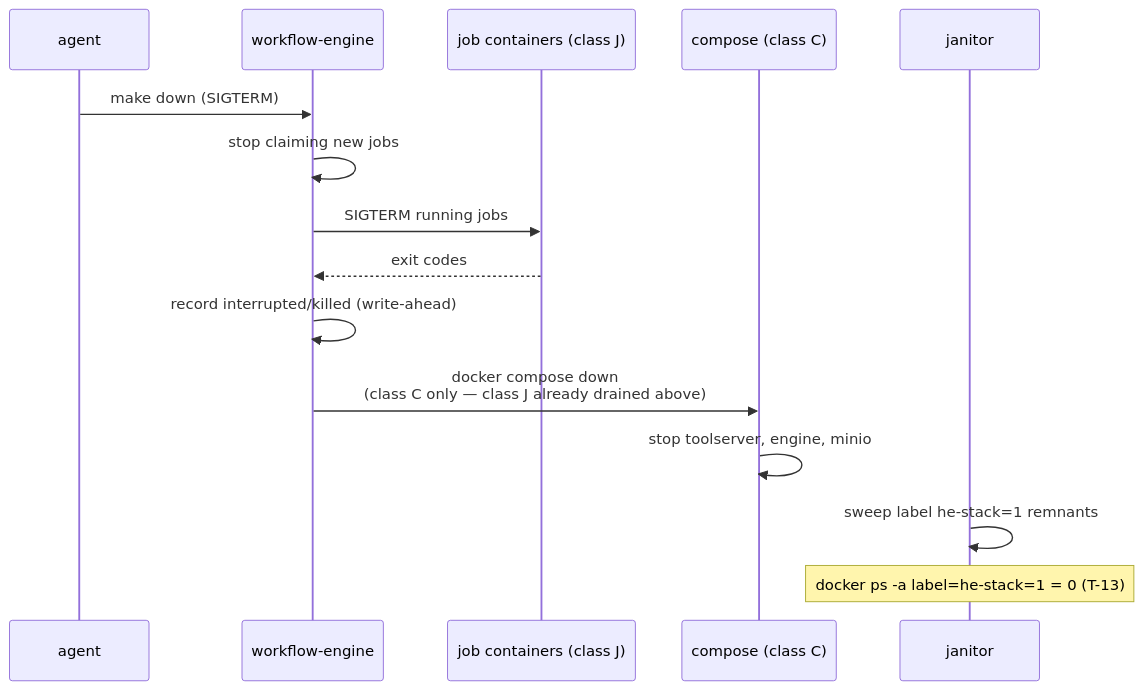
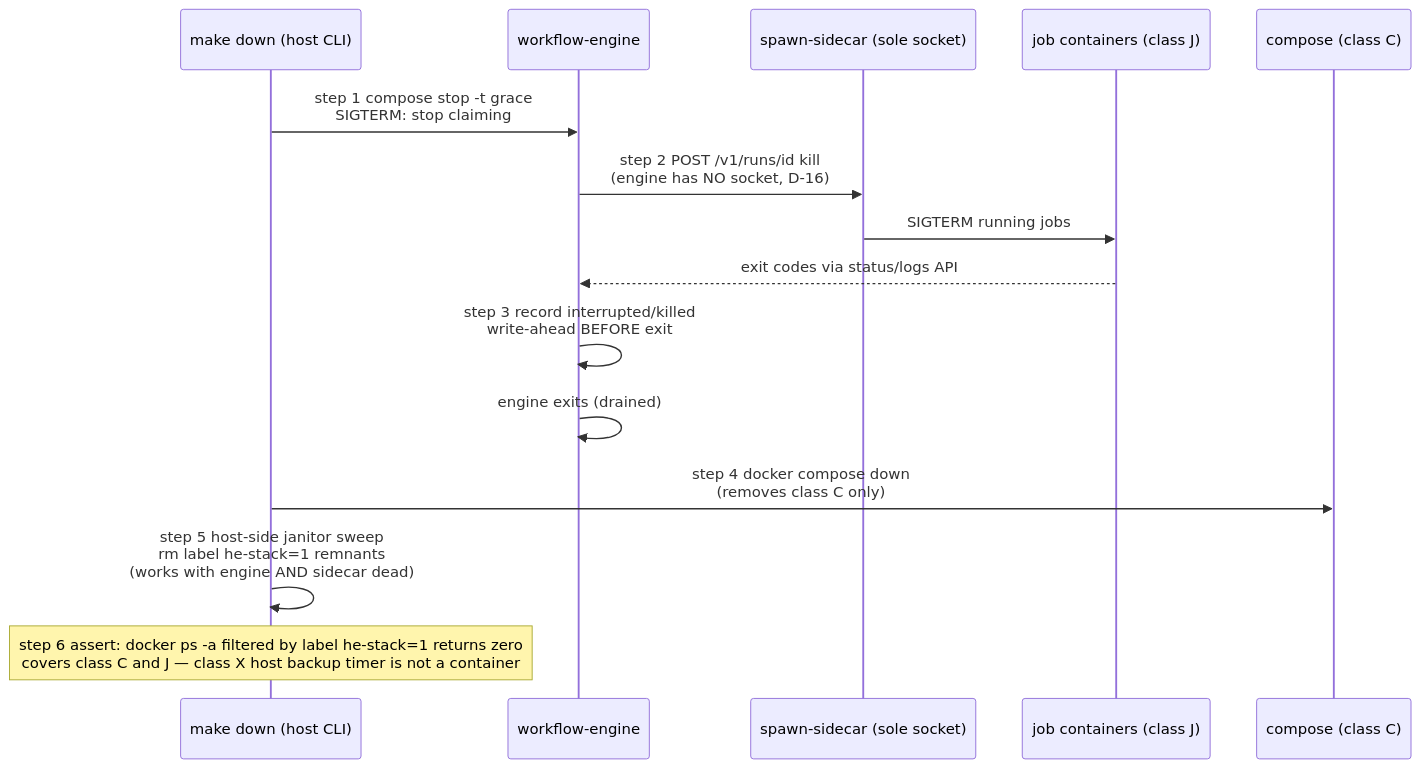
The fifth of 9 diagrams in docs/HE-TOOLSTACK-TECHNICAL-DESIGN.md (jstevenjacobs/HE-toolstack), drawn with Mermaid before and after one commit. The commit also changed other lines of this file and 4 other files, not shown here.

````diff
--- a/docs/HE-TOOLSTACK-TECHNICAL-DESIGN.md
+++ b/docs/HE-TOOLSTACK-TECHNICAL-DESIGN.md
@@ -853,17 +888,17 @@
 ```mermaid
 sequenceDiagram
-    participant AG as agent
+    participant MD as make down (host CLI)
     participant WE as workflow-engine
+    participant SC as spawn-sidecar (sole socket)
     participant JB as job containers (class J)
     participant CP as compose (class C)
-    participant JL as janitor
-    AG->>WE: make down (SIGTERM)
-    WE->>WE: stop claiming new jobs
-    WE->>JB: SIGTERM running jobs
-    JB-->>WE: exit codes
-    WE->>WE: record interrupted/killed (write-ahead)
-    WE->>CP: docker compose down<br/>(class C only — class J already drained above)
-    CP->>CP: stop toolserver, engine, minio
-    JL->>JL: sweep label he-stack=1 remnants
-    Note over JL: docker ps -a label=he-stack=1 = 0 (T-13)
+    MD->>WE: step 1 compose stop -t grace<br/>SIGTERM: stop claiming
+    WE->>SC: step 2 POST /v1/runs/id kill<br/>(engine has NO socket, D-16)
+    SC->>JB: SIGTERM running jobs
+    JB-->>WE: exit codes via status/logs API
+    WE->>WE: step 3 record interrupted/killed<br/>write-ahead BEFORE exit
+    WE->>WE: engine exits (drained)
+    MD->>CP: step 4 docker compose down<br/>(removes class C only)
+    MD->>MD: step 5 host-side janitor sweep<br/>rm label he-stack=1 remnants<br/>(works with engine AND sidecar dead)
+    Note over MD: step 6 assert: docker ps -a filtered by label he-stack=1 returns zero<br/>covers class C and J — class X host backup timer is not a container
 ```
````
